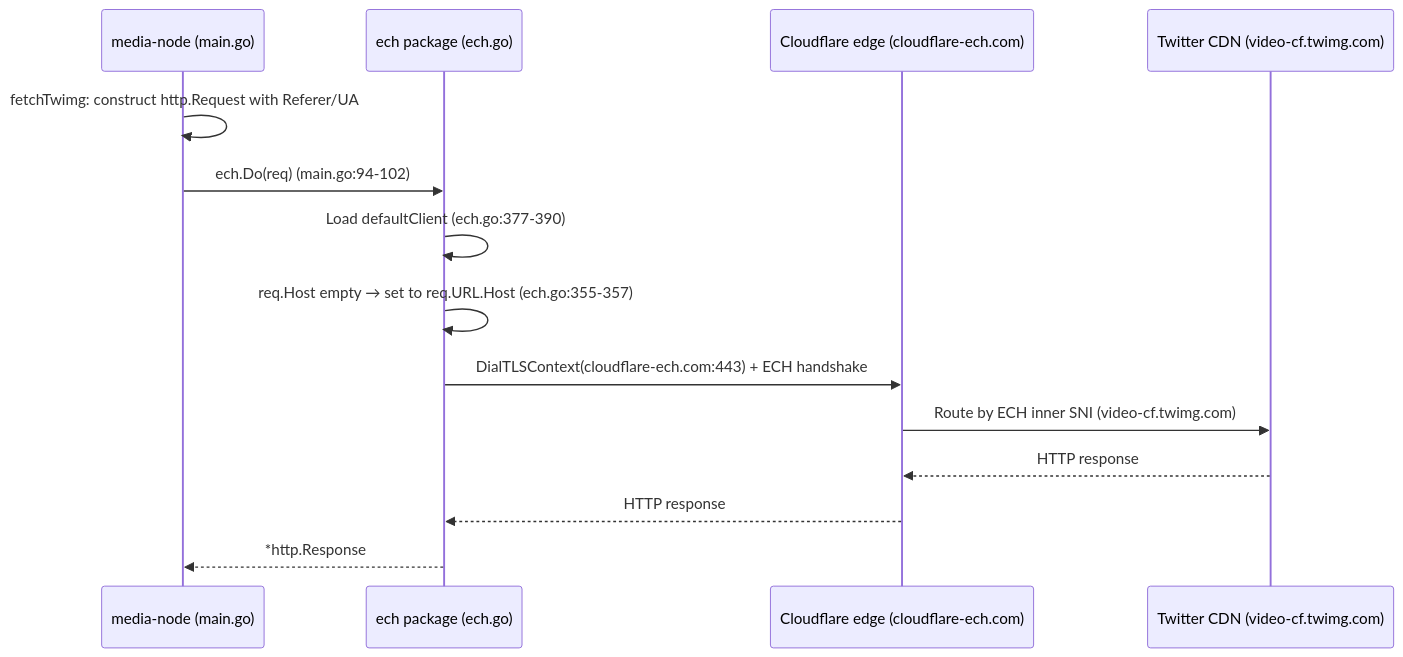
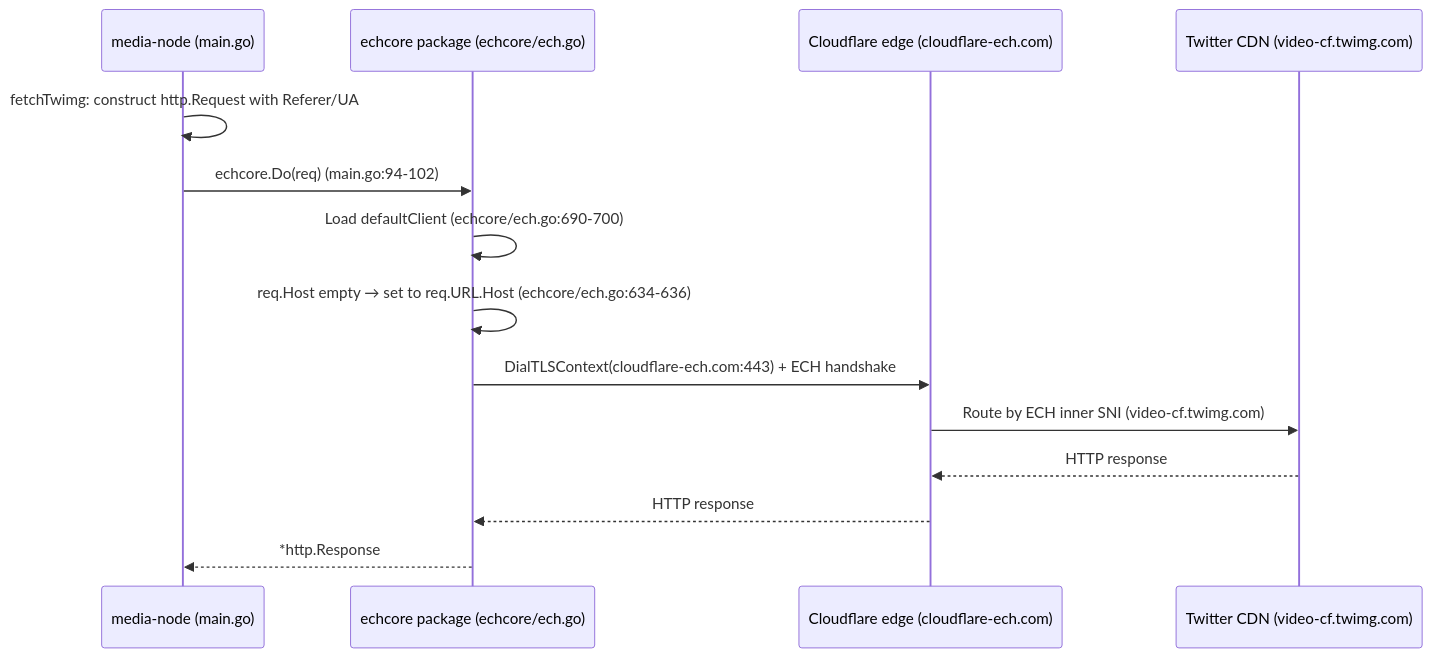
Before and after one commit to Hana-ame/peerdrive: the second of 4 diagrams in doc/design/connections/13-media-node-ech.md, drawn with Mermaid. The commit also changed other lines of this file and 4 other files, not shown here.

First line of the commit message:
fix(doc-refs): update ech.go references to echcore/ech.go after #47 migration

````diff
--- a/doc/design/connections/13-media-node-ech.md
+++ b/doc/design/connections/13-media-node-ech.md
@@ -62,17 +62,17 @@
 ```mermaid
 sequenceDiagram
   participant M as media-node (main.go)
-  participant E as ech package (ech.go)
+  participant E as echcore package (echcore/ech.go)
   participant CF as Cloudflare edge (cloudflare-ech.com)
   participant TW as Twitter CDN (video-cf.twimg.com)
 
   M->>M: fetchTwimg: construct http.Request with Referer/UA
-  M->>E: ech.Do(req) (main.go:94-102)
-  E->>E: Load defaultClient (ech.go:377-390)
-  E->>E: req.Host empty → set to req.URL.Host (ech.go:355-357)
+  M->>E: echcore.Do(req) (main.go:94-102)
+  E->>E: Load defaultClient (echcore/ech.go:690-700)
+  E->>E: req.Host empty → set to req.URL.Host (echcore/ech.go:634-636)
   E->>CF: DialTLSContext(cloudflare-ech.com:443) + ECH handshake
   CF->>TW: Route by ECH inner SNI (video-cf.twimg.com)
   TW-->>CF: HTTP response
   CF-->>E: HTTP response
   E-->>M: *http.Response
 ```
````
